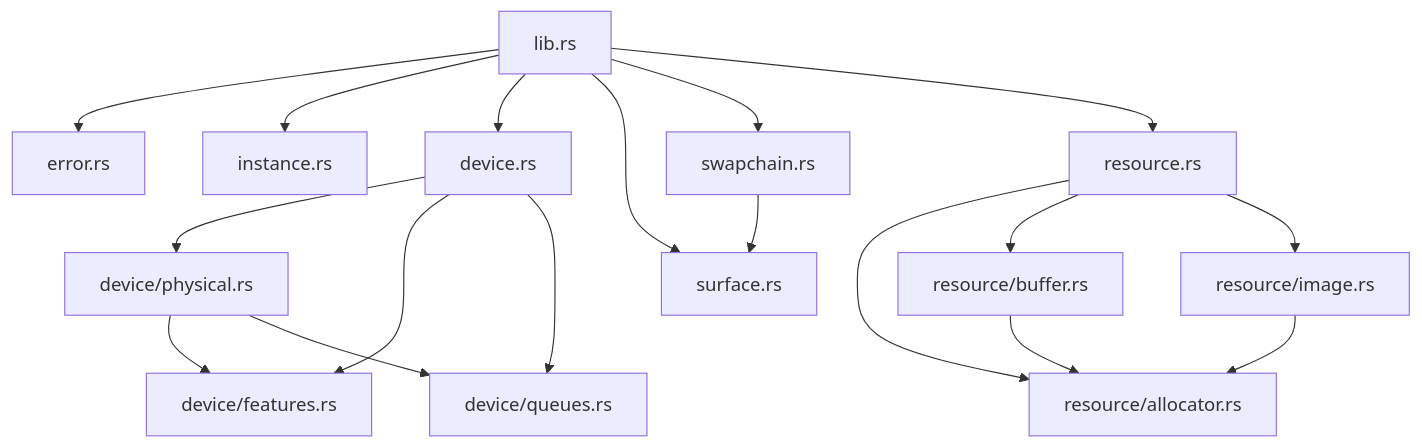
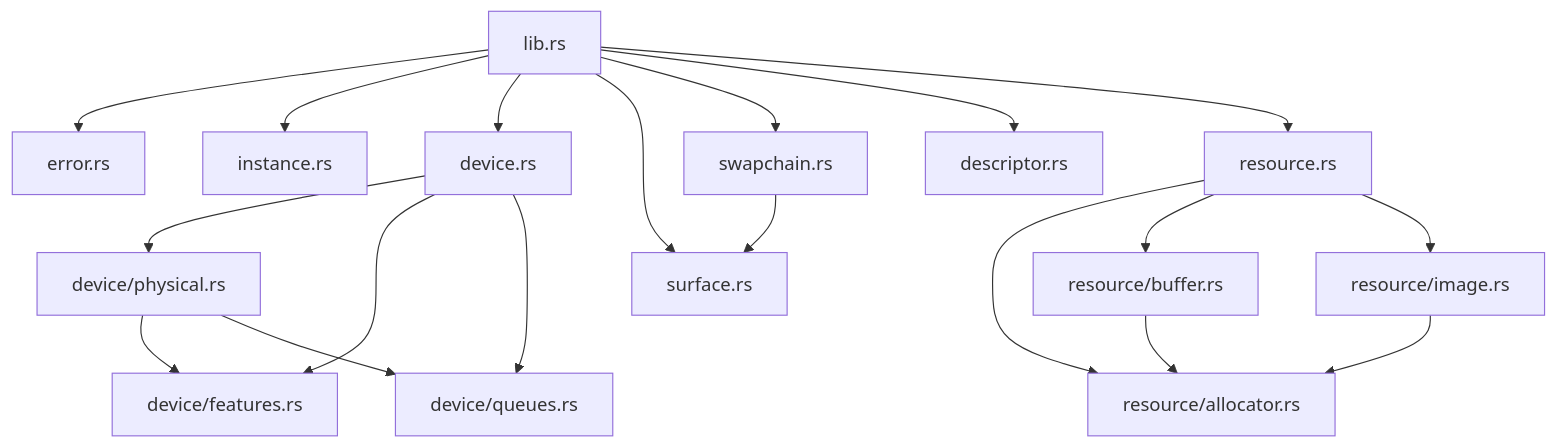
One commit to adamloec/slop changed the first of 3 diagrams in docs/slop-rhi/README.md. Above: the diagram before and after it, drawn with Mermaid. The commit also changed other lines of this file and 8 other files, not shown here.

````diff
--- a/docs/slop-rhi/README.md
+++ b/docs/slop-rhi/README.md
@@ -45,38 +46,40 @@
 ```mermaid
 flowchart TD
     lib["lib.rs"]
     error["error.rs"]
     instance["instance.rs"]
     device["device.rs"]
     physical["device/physical.rs"]
     features["device/features.rs"]
     queues["device/queues.rs"]
     surface["surface.rs"]
     swapchain["swapchain.rs"]
+    descriptor["descriptor.rs"]
     resource["resource.rs"]
     allocator["resource/allocator.rs"]
     buffer["resource/buffer.rs"]
     image["resource/image.rs"]
 
     lib --> error
     lib --> instance
     lib --> device
     lib --> surface
     lib --> swapchain
+    lib --> descriptor
     lib --> resource
 
     device --> physical
     device --> features
     device --> queues
 
     resource --> allocator
     resource --> buffer
     resource --> image
 
     buffer --> allocator
     image --> allocator
 
     physical --> features
     physical --> queues
     swapchain --> surface
 ```
````
